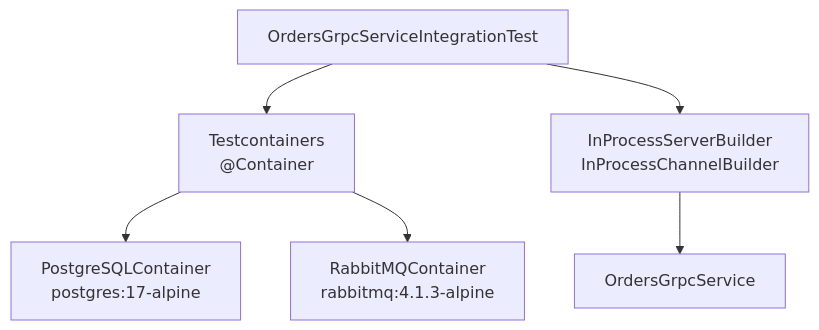
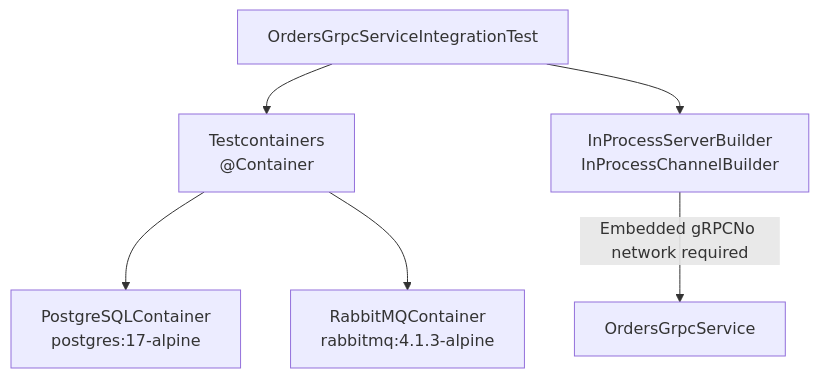
The tenth of 10 diagrams in docs/deepwiki/Orders-Service-Architecture.md (philipz/spring-modular-monolith), drawn with Mermaid before and after one commit. The commit also changed other lines of this file and 55 other files, not shown here.

````diff
--- a/docs/deepwiki/Orders-Service-Architecture.md
+++ b/docs/deepwiki/Orders-Service-Architecture.md
@@ -688,16 +688,16 @@
 ```mermaid
 flowchart TD
 
 TestClass["OrdersGrpcServiceIntegrationTest"]
 TestContainers["Testcontainers<br>@Container"]
 PostgresContainer["PostgreSQLContainer<br>postgres:17-alpine"]
 RabbitMQContainer["RabbitMQContainer<br>rabbitmq:4.1.3-alpine"]
 InProcessGrpc["InProcessServerBuilder<br>InProcessChannelBuilder"]
 GrpcService["OrdersGrpcService"]
 
 TestClass --> TestContainers
 TestContainers --> PostgresContainer
 TestContainers --> RabbitMQContainer
 TestClass --> InProcessGrpc
-InProcessGrpc --> GrpcService
+InProcessGrpc -->|"Embedded gRPCNo network required"| GrpcService
 ```
````
